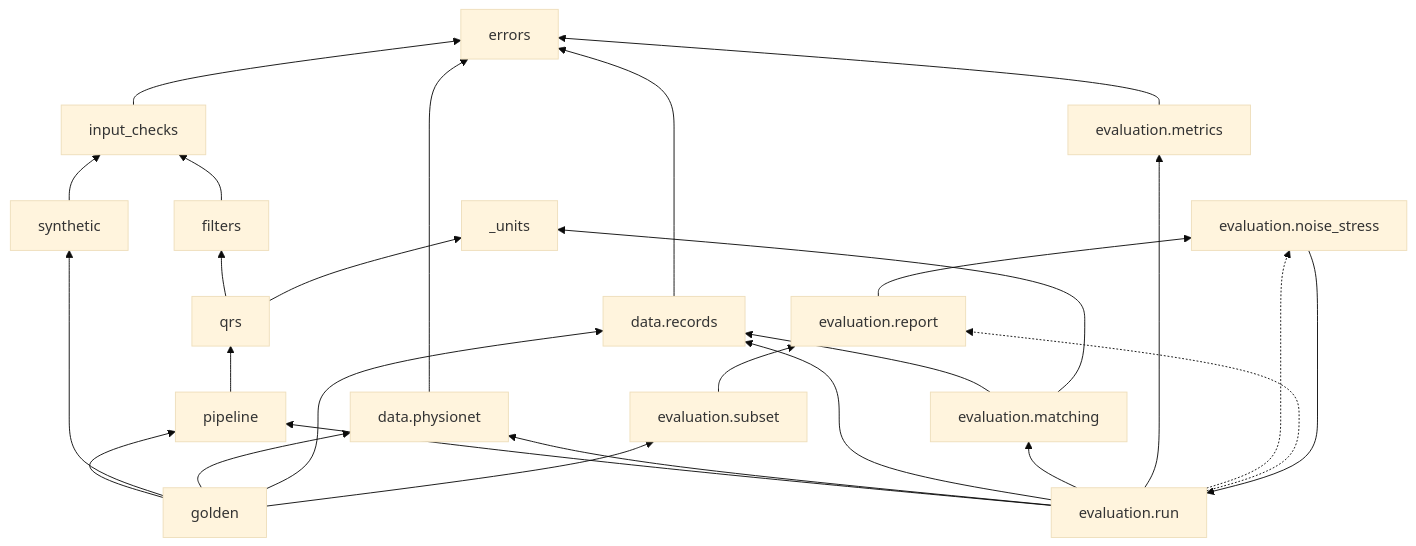
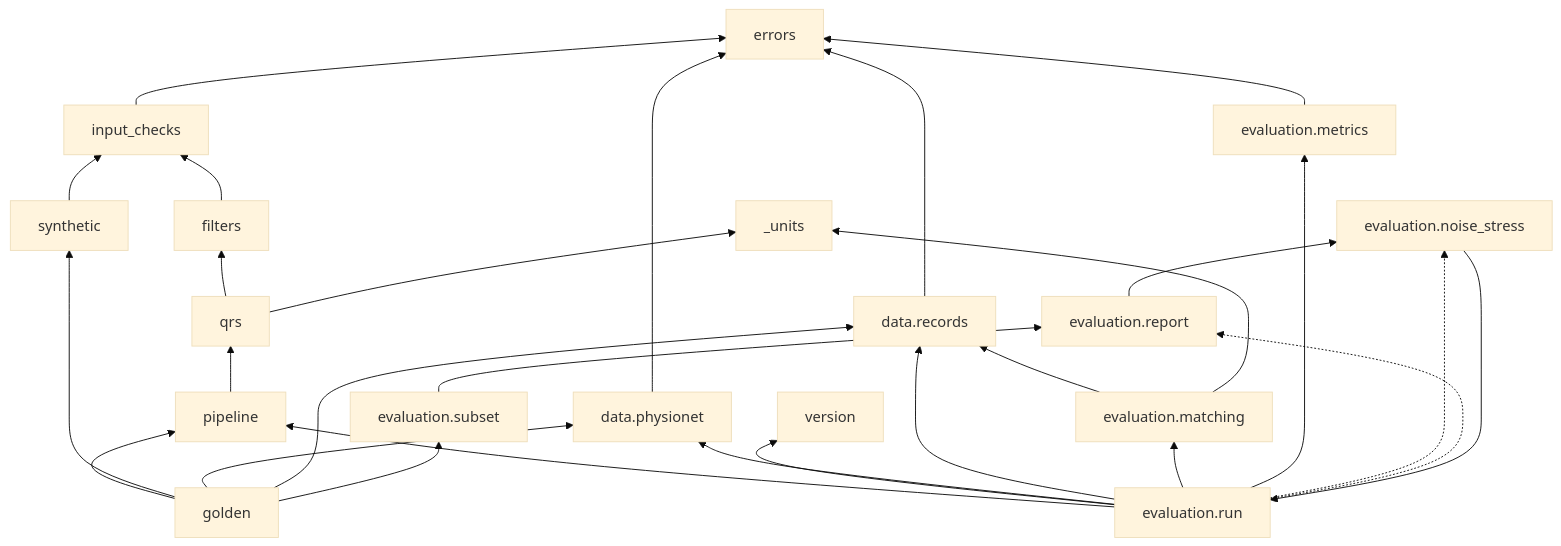
The second of 2 diagrams in docs/regulatory/architecture.md (andreafatuzzo/sinus-ecg), drawn with Mermaid (base theme) before and after one commit. The commit also changed other lines of this file and 1 other file, not shown here.

First line of the commit message:
Architecture v0.2.6 and SDP v0.4 (pending approval): software identity and versioning (OP-061)

````diff
--- a/docs/regulatory/architecture.md
+++ b/docs/regulatory/architecture.md
@@ -1378,31 +1402,33 @@
 ```mermaid
 flowchart BT
   errors["errors"]
   units["_units"]
   checks["input_checks"] --> errors
   filters["filters"] --> checks
   qrs["qrs"] --> filters
   qrs --> units
   pipeline["pipeline"] --> qrs
   synthetic["synthetic"] --> checks
   physionet["data.physionet"] --> errors
   records["data.records"] --> errors
   matching["evaluation.matching"] --> records
   matching --> units
   metrics["evaluation.metrics"] --> errors
+  version["version"]
   run["evaluation.run"] --> pipeline
+  run --> version
   run --> physionet
   run --> records
   run --> matching
   run --> metrics
   noise["evaluation.noise_stress"] --> run
   report["evaluation.report"] --> noise
   run -.-> noise
   run -.-> report
   subset["evaluation.subset"] --> report
   golden["golden"] --> pipeline
   golden --> synthetic
   golden --> physionet
   golden --> records
   golden --> subset
 ```
````
